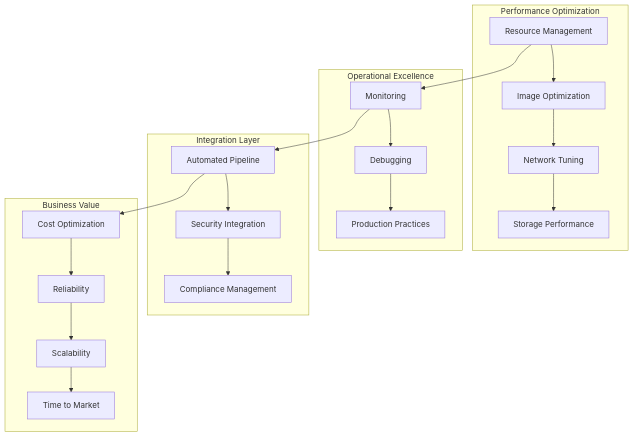
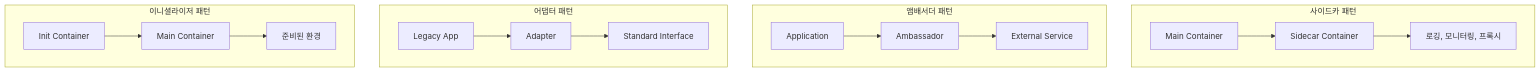
Before and after one commit to niceguy61/kdt_devops_lecture_2025: the third of 4 diagrams in week_02/day_02/session_08.md, drawn with Mermaid. The commit also changed other lines of this file and 38 other files, not shown here.

````diff
--- a/week_02/day_02/session_08.md
+++ b/week_02/day_02/session_08.md
@@ -15,28 +180,22 @@
 ```mermaid
 graph TB
-    subgraph "Performance Optimization"
-        A[Resource Management] --> B[Image Optimization]
-        B --> C[Network Tuning]
-        C --> D[Storage Performance]
+    subgraph "사이드카 패턴"
+        A[Main Container] --> B[Sidecar Container]
+        B --> C[로깅, 모니터링, 프록시]
     end
     
-    subgraph "Operational Excellence"
-        E[Monitoring] --> F[Debugging]
-        F --> G[Production Practices]
+    subgraph "앰배서더 패턴"
+        D[Application] --> E[Ambassador]
+        E --> F[External Service]
     end
     
-    subgraph "Integration Layer"
-        H[Automated Pipeline] --> I[Security Integration]
-        I --> J[Compliance Management]
+    subgraph "어댑터 패턴"
+        G[Legacy App] --> H[Adapter]
+        H --> I[Standard Interface]
     end
     
-    subgraph "Business Value"
-        K[Cost Optimization] --> L[Reliability]
-        L --> M[Scalability]
-        M --> N[Time to Market]
+    subgraph "이니셜라이저 패턴"
+        J[Init Container] --> K[Main Container]
+        K --> L[준비된 환경]
     end
-    
-    A --> E
-    E --> H
-    H --> K
 ```
````
